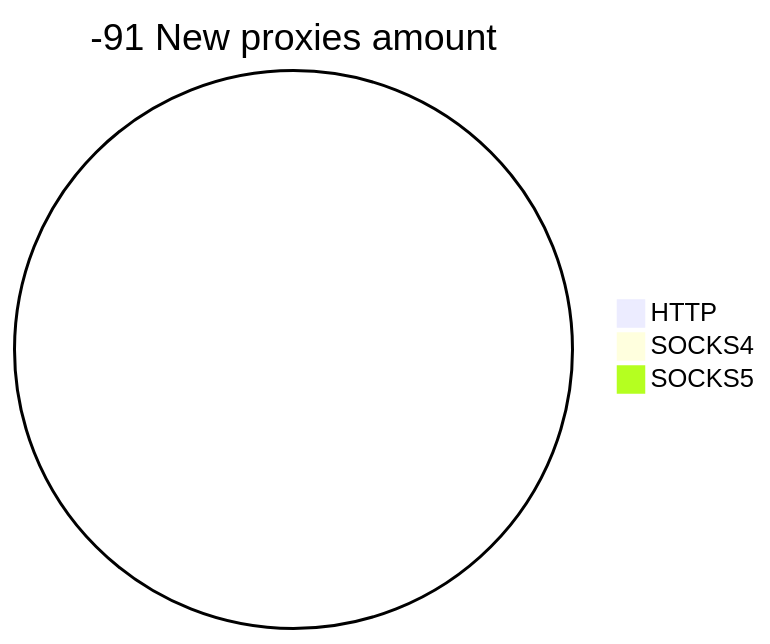
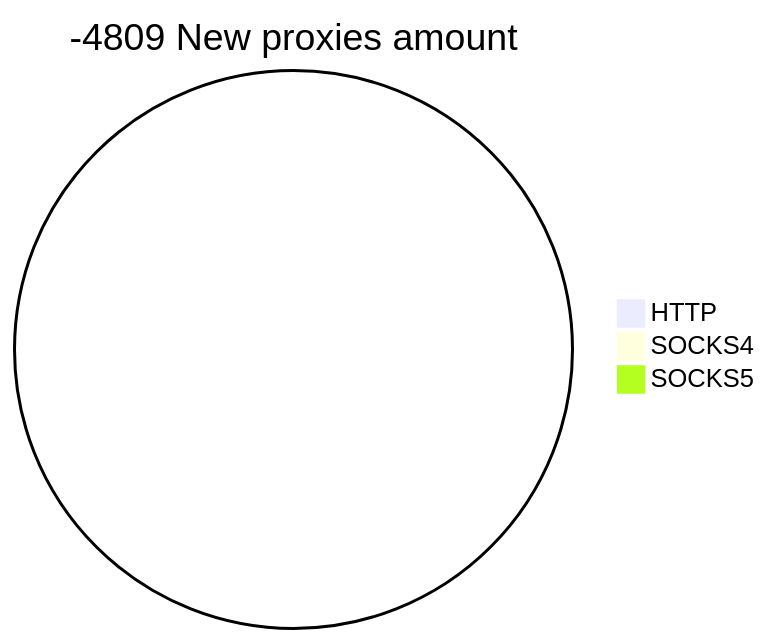
One commit to cutipu/proxylist changed the second of 2 diagrams in README.md. Above: the diagram before and after it, drawn with Mermaid. The commit also changed other lines of this file, not shown here.

````diff
--- a/README.md
+++ b/README.md
@@ -10,6 +10,6 @@
 ```mermaid
-pie title -91 New proxies amount
+pie title -4809 New proxies amount
     "HTTP" : 0
     "SOCKS4" : 0
     "SOCKS5" : 0
 ```
````
